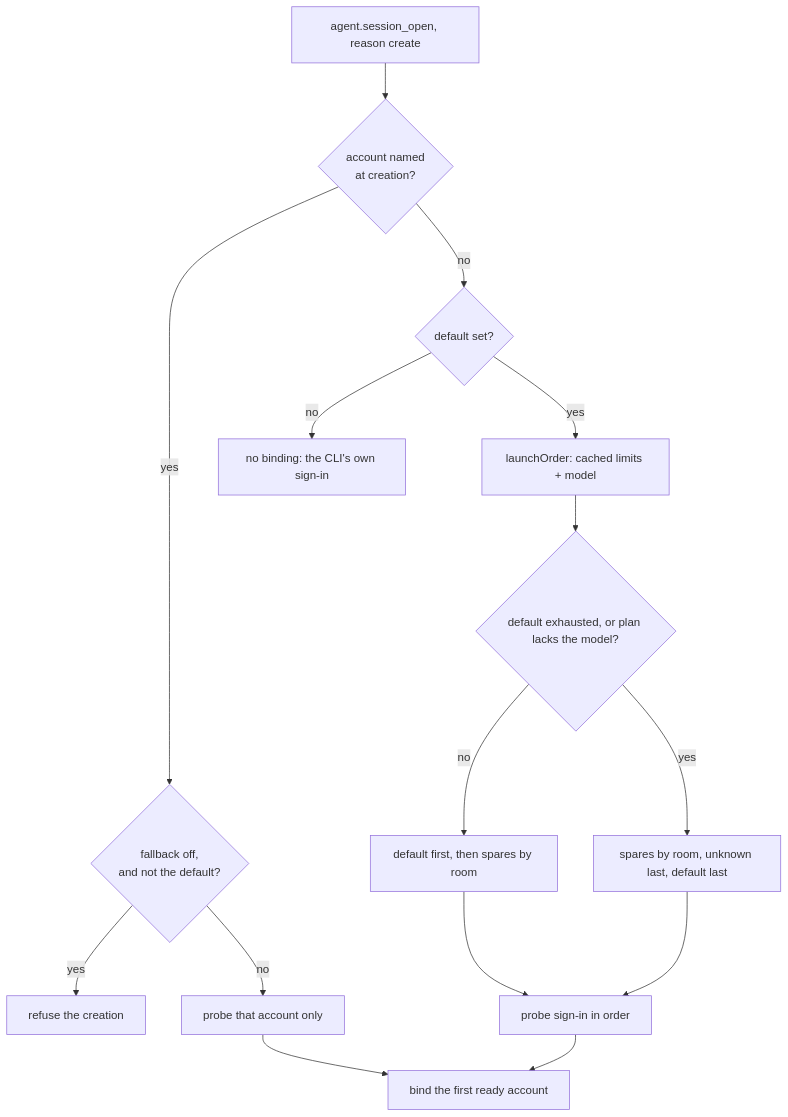
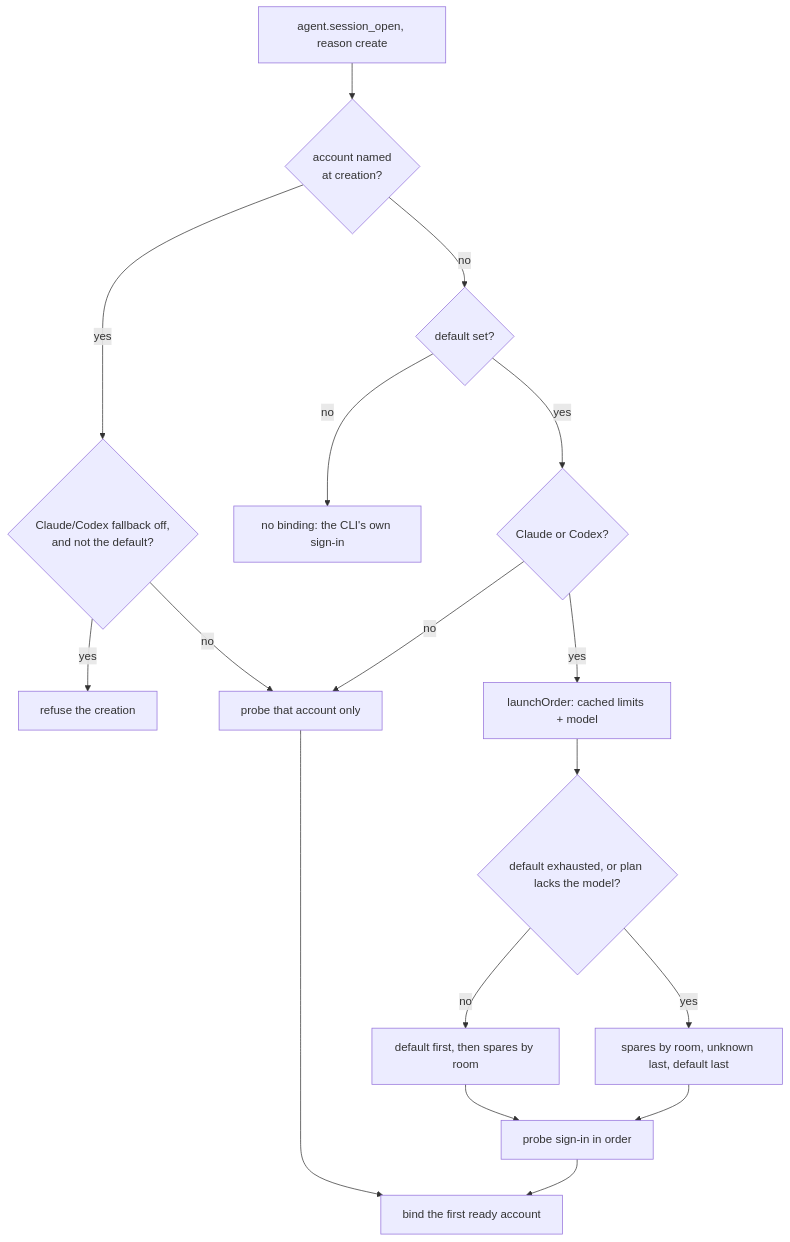
One commit to dutchakdev/paseo-plugin-account-switcher changed the second of 3 diagrams in docs/architecture.md. Above: the diagram before and after it, drawn with Mermaid. The commit also changed other lines of this file and 27 other files, not shown here.

````diff
--- a/docs/architecture.md
+++ b/docs/architecture.md
@@ -66,16 +77,18 @@
 ```mermaid
 flowchart TD
   A[agent.session_open, reason create] --> R{account named<br/>at creation?}
-  R -- yes --> Q{fallback off,<br/>and not the default?}
+  R -- yes --> Q{Claude/Codex fallback off,<br/>and not the default?}
   Q -- yes --> X[refuse the creation]
   Q -- no --> S[probe that account only] --> H
   R -- no --> B{default set?}
   B -- no --> Z[no binding: the CLI's own sign-in]
-  B -- yes --> C[launchOrder: cached limits + model]
+  B -- yes --> P{Claude or Codex?}
+  P -- no --> S
+  P -- yes --> C[launchOrder: cached limits + model]
   C --> D{default exhausted, or plan lacks the model?}
   D -- no --> E[default first, then spares by room]
   D -- yes --> F[spares by room, unknown last, default last]
   E --> G[probe sign-in in order]
   F --> G
   G --> H[bind the first ready account]
 ```
````
